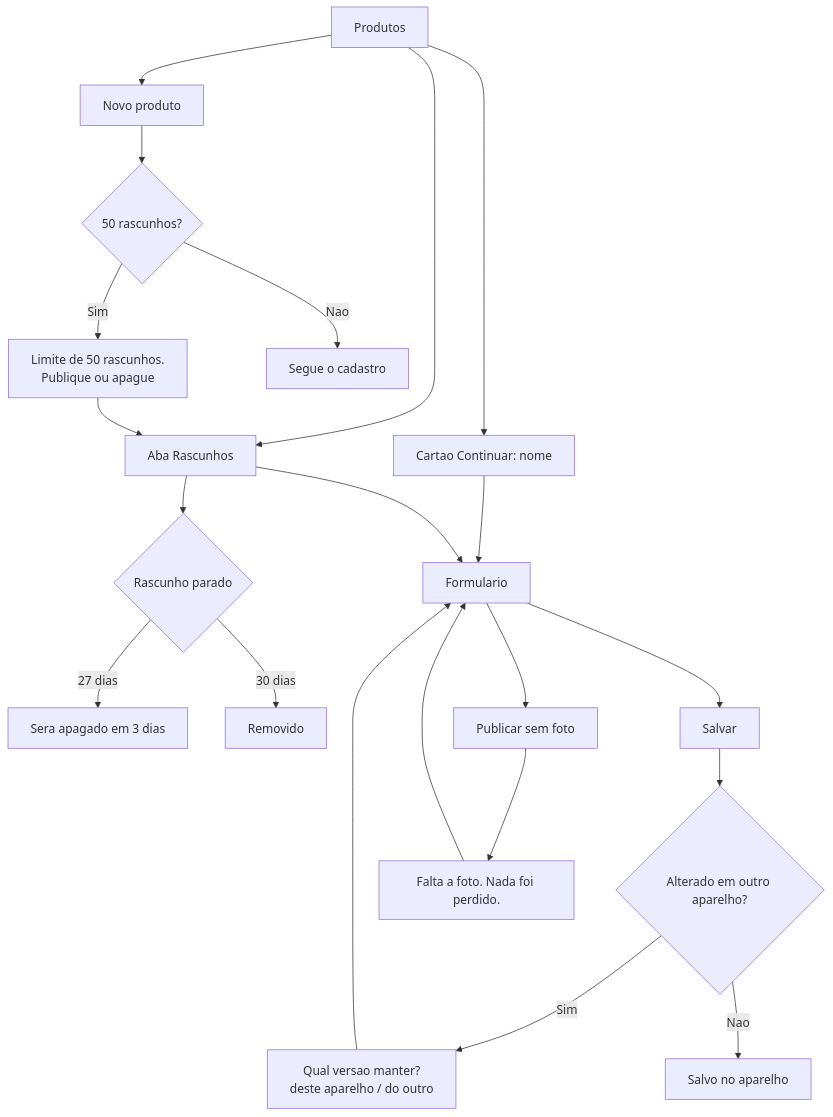
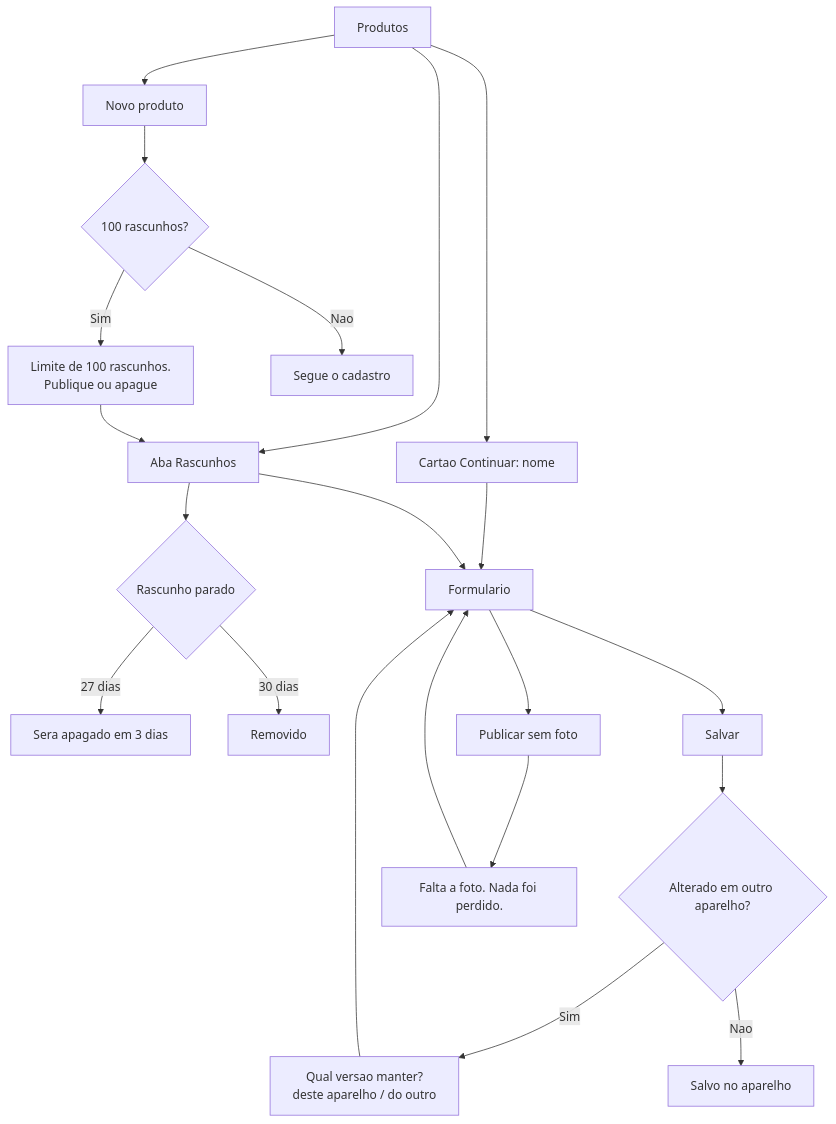
The second of 4 diagrams in docs/design/fluxos/v1-1-cadastro-rapido.md (yagogavilan/webag), drawn with Mermaid before and after one commit. The commit also changed other lines of this file and 388 other files, not shown here.

````diff
--- a/docs/design/fluxos/v1-1-cadastro-rapido.md
+++ b/docs/design/fluxos/v1-1-cadastro-rapido.md
@@ -44,17 +53,17 @@
 ```mermaid
 flowchart TD
   L[Produtos] --> CT[Cartao Continuar: nome]
   L --> TB[Aba Rascunhos]
   CT --> F[Formulario]
   TB --> F
   TB --> X{Rascunho parado}
   X -->|27 dias| W[Sera apagado em 3 dias]
   X -->|30 dias| DEL[Removido]
-  L --> NEW[Novo produto] --> LIM{50 rascunhos?}
-  LIM -->|Sim| LIM1[Limite de 50 rascunhos.<br/>Publique ou apague] --> TB
+  L --> NEW[Novo produto] --> LIM{100 rascunhos?}
+  LIM -->|Sim| LIM1[Limite de 100 rascunhos.<br/>Publique ou apague] --> TB
   LIM -->|Nao| OK[Segue o cadastro]
   F --> SV[Salvar] --> CF{Alterado em outro aparelho?}
   CF -->|Sim| CF1[Qual versao manter?<br/>deste aparelho / do outro] --> F
   CF -->|Nao| SV1[Salvo no aparelho]
   F --> PUB[Publicar sem foto] --> PUB1[Falta a foto. Nada foi perdido.] --> F
 ```
````
